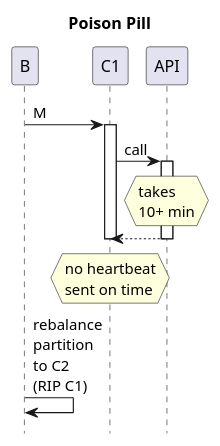
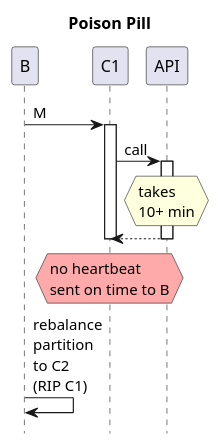
One commit to victorrentea/kafka changed the diagram in patterns/6_c_error_[story]poison_pill_timeout.puml. Above: the diagram before and after it, drawn with PlantUML. The commit also changed 6 other files, not shown here.

```diff
--- a/patterns/6_c_error_[story]poison_pill_timeout.puml
+++ b/patterns/6_c_error_[story]poison_pill_timeout.puml
@@ -1,15 +1,15 @@
 @startuml
 title Poison Pill
 hide footbox
 participant B
 participant C1
 
 B->C1++: M
 C1->API++:call
 hnote over API: takes\n10+ min
 C1<--API--
-hnote over C1: no heartbeat\nsent on time
+hnote over C1 #FFAAAA: no heartbeat\nsent on time to B
 C1--
 B->B: rebalance\npartition\nto C2\n(RIP C1)
 
 @enduml
```
